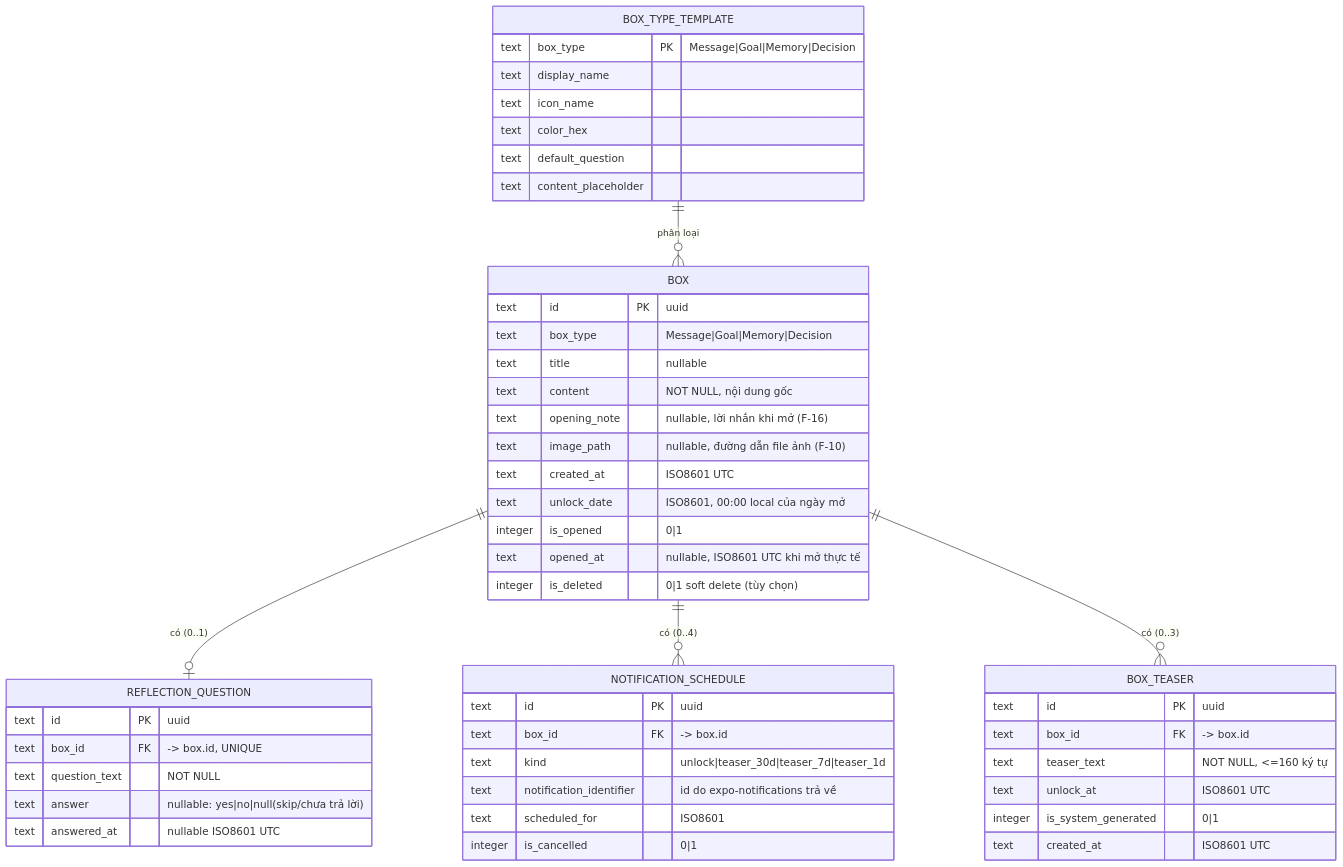
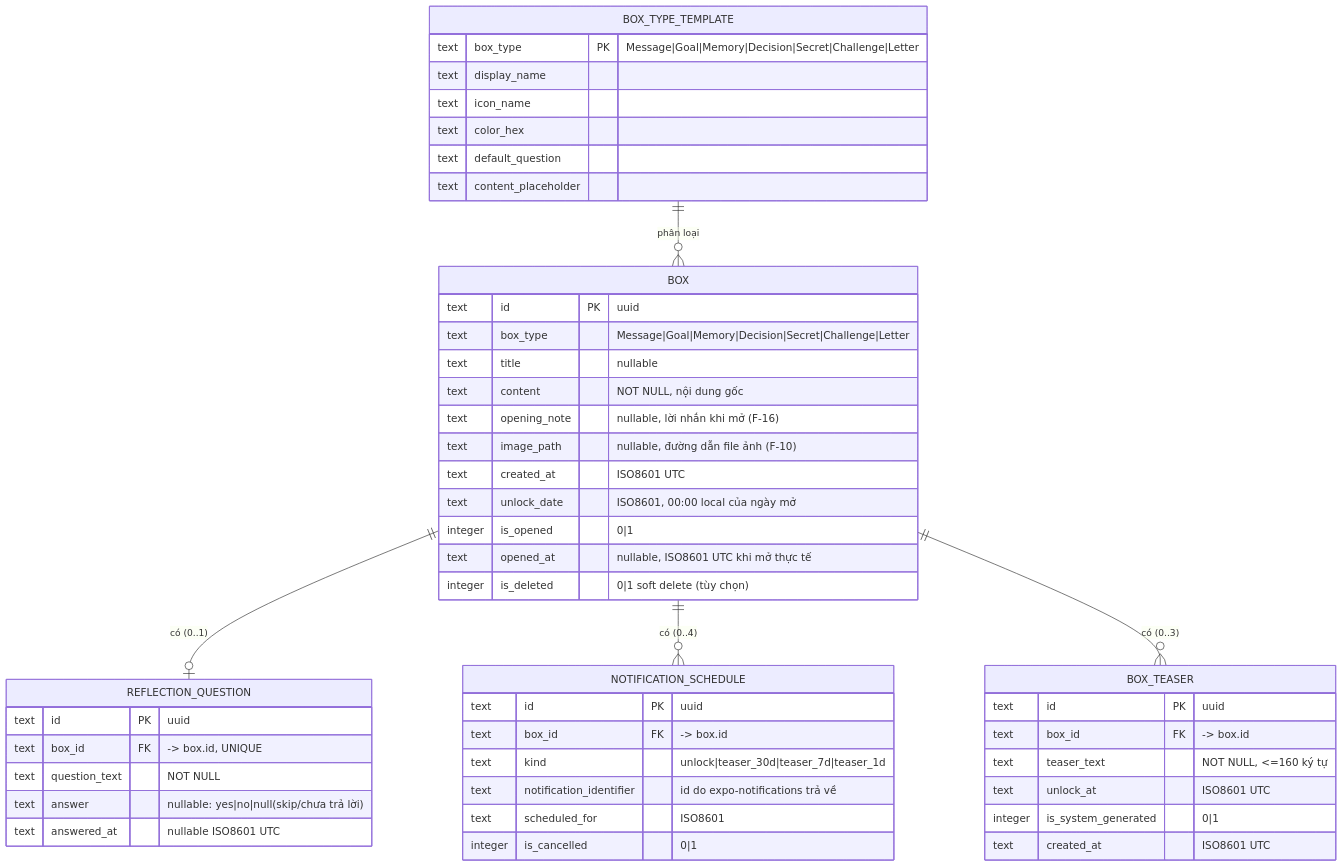
One commit to datngyn95/future_box_v1 changed the first of 3 diagrams in design/database/schema.md. Above: the diagram before and after it, drawn with Mermaid. The commit also changed other lines of this file and 9 other files, not shown here.

First line of the commit message:
feat(box-types): F-37 New Box Types — Secret, Challenge, Letter

````diff
--- a/design/database/schema.md
+++ b/design/database/schema.md
@@ -80,56 +80,56 @@
 ```mermaid
 erDiagram
     BOX ||--o| REFLECTION_QUESTION : "có (0..1)"
     BOX ||--o{ NOTIFICATION_SCHEDULE : "có (0..4)"
     BOX ||--o{ BOX_TEASER : "có (0..3)"
     BOX_TYPE_TEMPLATE ||--o{ BOX : "phân loại"
 
     BOX {
         text id PK "uuid"
-        text box_type "Message|Goal|Memory|Decision"
+        text box_type "Message|Goal|Memory|Decision|Secret|Challenge|Letter"
         text title "nullable"
         text content "NOT NULL, nội dung gốc"
         text opening_note "nullable, lời nhắn khi mở (F-16)"
         text image_path "nullable, đường dẫn file ảnh (F-10)"
         text created_at "ISO8601 UTC"
         text unlock_date "ISO8601, 00:00 local của ngày mở"
         integer is_opened "0|1"
         text opened_at "nullable, ISO8601 UTC khi mở thực tế"
         integer is_deleted "0|1 soft delete (tùy chọn)"
     }
 
     REFLECTION_QUESTION {
         text id PK "uuid"
         text box_id FK "-> box.id, UNIQUE"
         text question_text "NOT NULL"
         text answer "nullable: yes|no|null(skip/chưa trả lời)"
         text answered_at "nullable ISO8601 UTC"
     }
 
     NOTIFICATION_SCHEDULE {
         text id PK "uuid"
         text box_id FK "-> box.id"
         text kind "unlock|teaser_30d|teaser_7d|teaser_1d"
         text notification_identifier "id do expo-notifications trả về"
         text scheduled_for "ISO8601"
         integer is_cancelled "0|1"
     }
 
     BOX_TEASER {
         text id PK "uuid"
         text box_id FK "-> box.id"
         text teaser_text "NOT NULL, <=160 ký tự"
         text unlock_at "ISO8601 UTC"
         integer is_system_generated "0|1"
         text created_at "ISO8601 UTC"
     }
 
     BOX_TYPE_TEMPLATE {
-        text box_type PK "Message|Goal|Memory|Decision"
+        text box_type PK "Message|Goal|Memory|Decision|Secret|Challenge|Letter"
         text display_name
         text icon_name
         text color_hex
         text default_question
         text content_placeholder
     }
 ```
````
